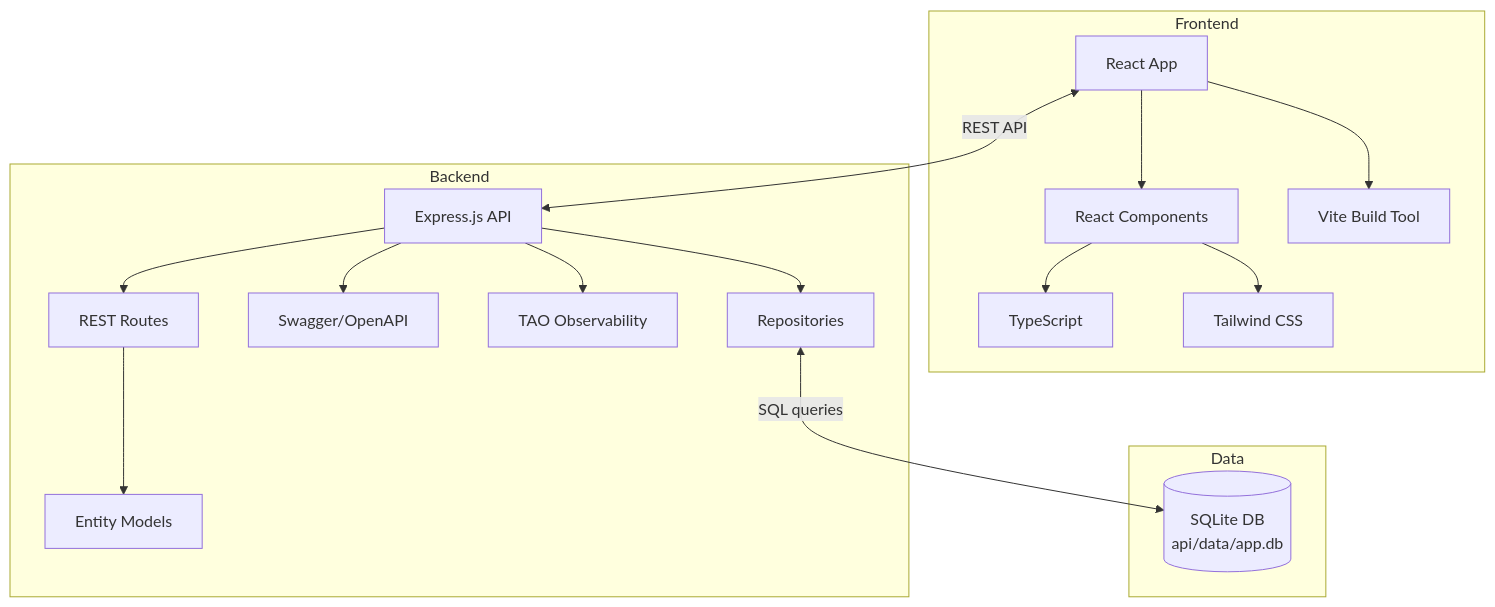
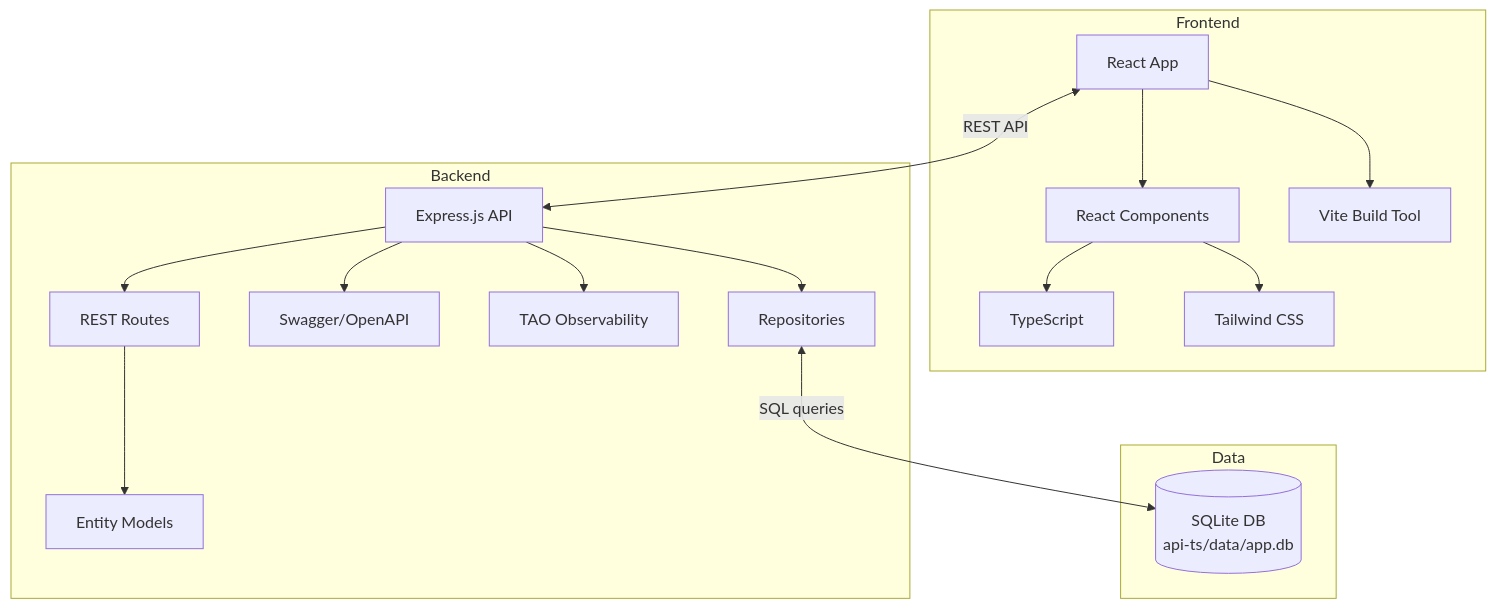
The second of 2 diagrams in 03-Azure/01-04-AI/01_Agentic_SDLC/src/docs/architecture.md (microsoft/MicroHack), drawn with Mermaid before and after one commit. The commit also changed other lines of this file and 2 other files, not shown here.

Commit message:
Update documentation paths for SQLite integration and build instructions

````diff
--- a/03-Azure/01-04-AI/01_Agentic_SDLC/src/docs/architecture.md
+++ b/03-Azure/01-04-AI/01_Agentic_SDLC/src/docs/architecture.md
@@ -42,23 +42,23 @@
 ```mermaid
 flowchart TD
     subgraph "Frontend"
         F[React App] --> FC[React Components]
         FC --> FT[TypeScript]
         FC --> FCSS[Tailwind CSS]
         F --> FV[Vite Build Tool]
     end
     
     subgraph "Backend"
         B[Express.js API] --> BR[REST Routes]
         BR --> BM[Entity Models]
         B --> BS[Swagger/OpenAPI]
         B --> BO[TAO Observability]
         B --> R[Repositories]
     end
     subgraph "Data"
-        D[(SQLite DB\napi/data/app.db)]
+        D[(SQLite DB\napi-ts/data/app.db)]
     end
 
     R <--SQL queries--> D
     F <--REST API--> B
 ```
````
